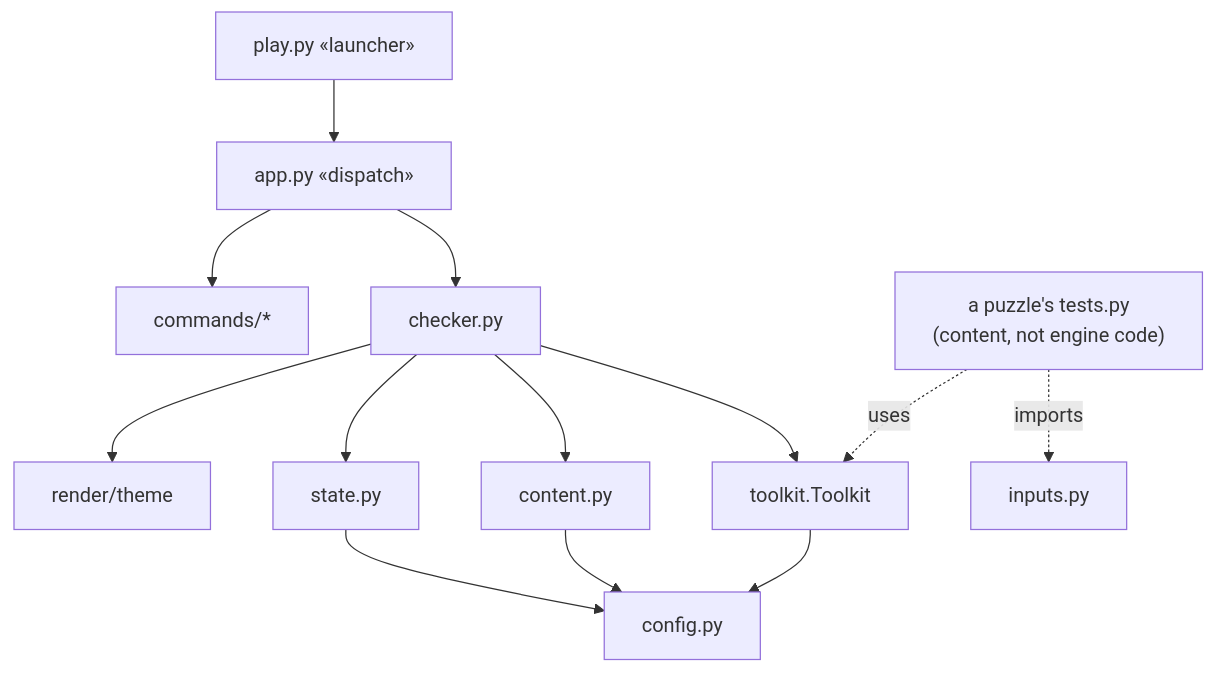
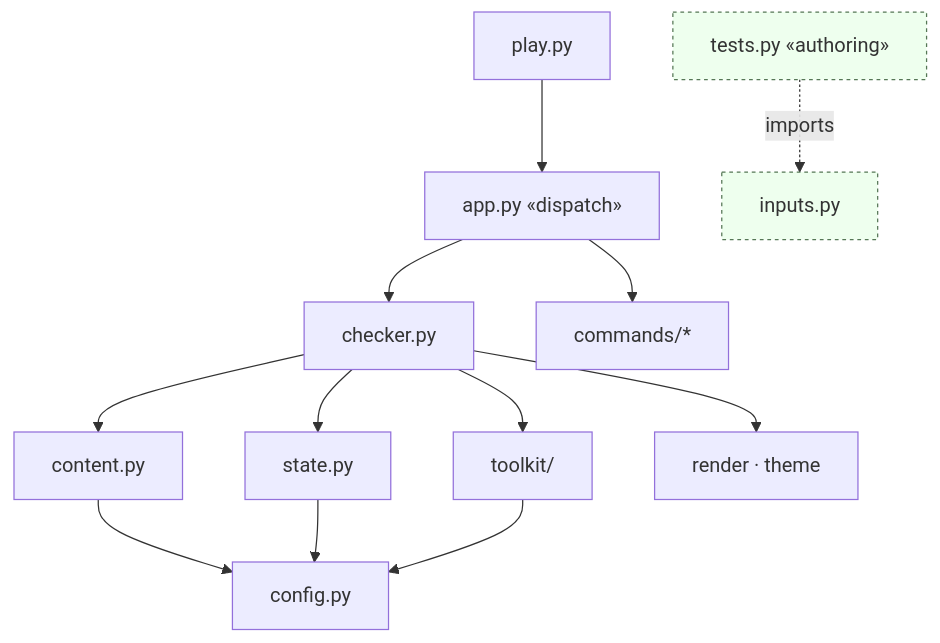
One commit to N041M/PyQuest changed the first of 9 diagrams in docs/architecture/engine-core.md. Above: the diagram before and after it, drawn with Mermaid. The commit also changed other lines of this file and 5 other files, not shown here.

First line of the commit message:
Polish architecture diagrams; add puzzle-consumption view

````diff
--- a/docs/architecture/engine-core.md
+++ b/docs/architecture/engine-core.md
@@ -7,15 +7,16 @@
 ```mermaid
 flowchart TB
-    play["play.py «launcher»"] --> app
-    app["app.py «dispatch»"] --> checker
+    play["play.py"] --> app["app.py «dispatch»"]
+    app --> checker["checker.py"]
     app --> commands["commands/*"]
-    checker["checker.py"] --> toolkit["toolkit.Toolkit"]
-    checker --> content
-    checker --> state
-    checker --> render["render/theme"]
-    content["content.py"] --> config["config.py"]
-    state["state.py"] --> config
+    checker --> toolkit["toolkit/"]
+    checker --> content["content.py"]
+    checker --> state["state.py"]
+    checker --> render["render · theme"]
+    content --> config["config.py"]
+    state --> config
     toolkit --> config
-    tests["a puzzle's tests.py<br/>(content, not engine code)"] -. imports .-> inputs["inputs.py"]
-    tests -. uses .-> toolkit
+    tests["tests.py «authoring»"] -. imports .-> inputs["inputs.py"]
+    classDef seam fill:#efe,stroke:#575,stroke-dasharray:3 3;
+    class tests,inputs seam;
 ```
````
